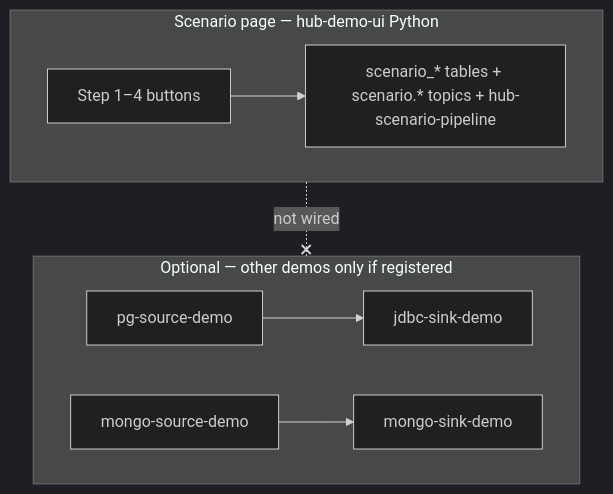
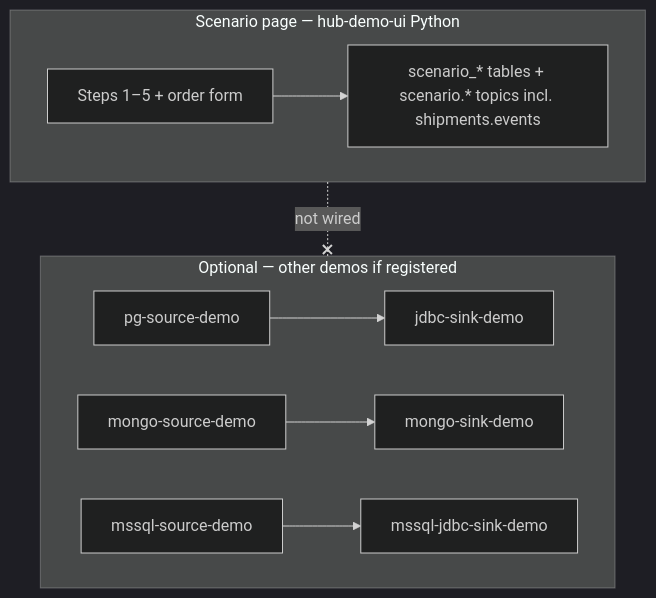
One commit to daksh17/cassandra_testing changed the third of 3 diagrams in mcac-demo-hub/dashboards/demo/deploy/docker/realtime-orders-search-hub/scenario-flow/README.md. Above: the diagram before and after it, drawn with Mermaid (dark theme). The commit also changed other lines of this file and 12 other files, not shown here.

First line of the commit message:
demo-hub: expand multi-DB scenario (customers, payments, shipments, docs)

````diff
--- a/mcac-demo-hub/dashboards/demo/deploy/docker/realtime-orders-search-hub/scenario-flow/README.md
+++ b/mcac-demo-hub/dashboards/demo/deploy/docker/realtime-orders-search-hub/scenario-flow/README.md
@@ -181,19 +207,22 @@
 ```mermaid
 flowchart TB
   subgraph scenario [Scenario page — hub-demo-ui Python]
-    S1[Step 1–4 buttons]
-    S2[scenario_* tables + scenario.* topics + hub-scenario-pipeline]
+    S1[Steps 1–5 + order form]
+    S2[scenario_* tables + scenario.* topics incl. shipments.events]
     S1 --> S2
   end
 
-  subgraph connect [Optional — other demos only if registered]
+  subgraph connect [Optional — other demos if registered]
     C1[pg-source-demo]
     C2[jdbc-sink-demo]
     C3[mongo-source-demo]
     C4[mongo-sink-demo]
+    C5[mssql-source-demo]
+    C6[mssql-jdbc-sink-demo]
     C1 --> C2
     C3 --> C4
+    C5 --> C6
   end
 
   scenario -.-x|not wired| connect
 ```
````
